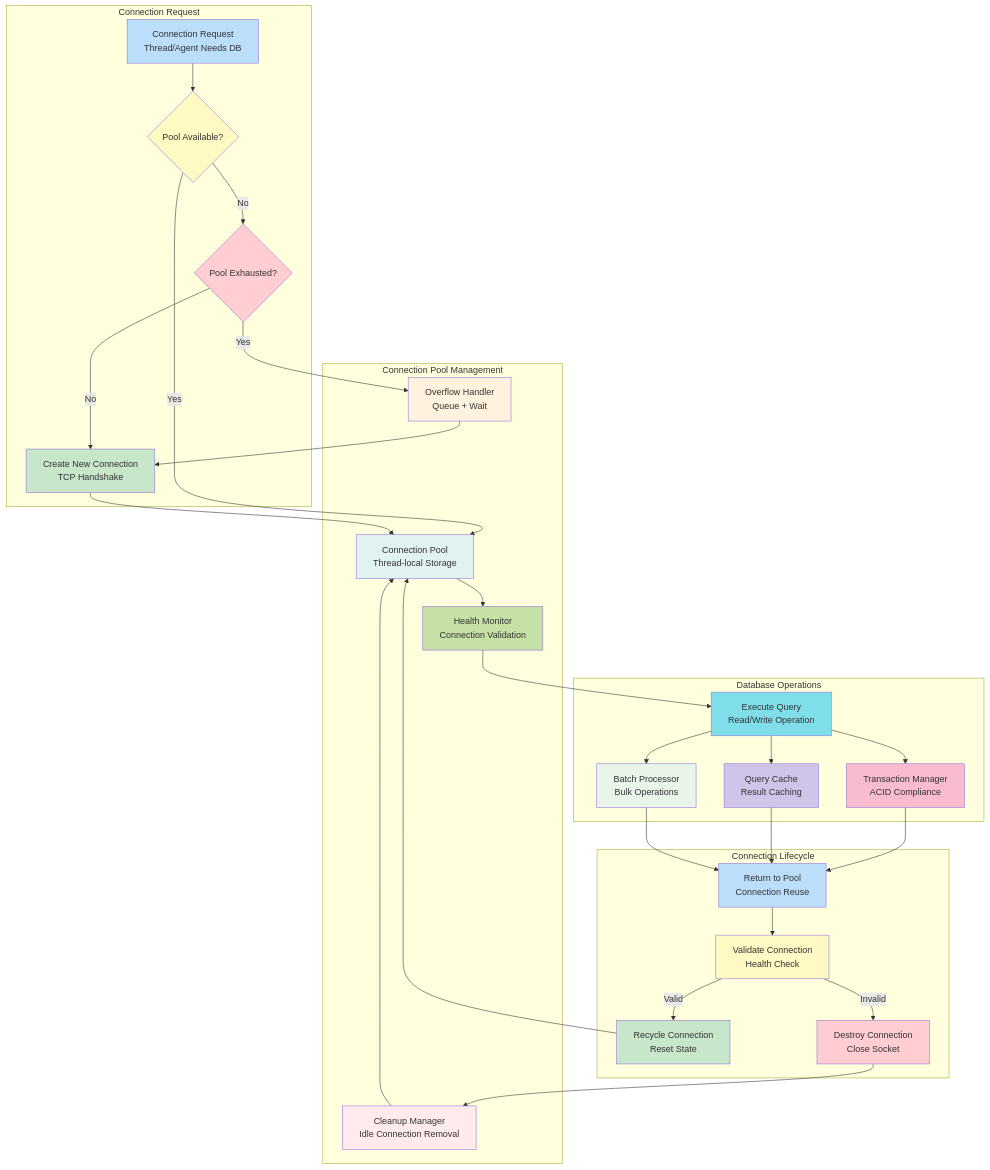
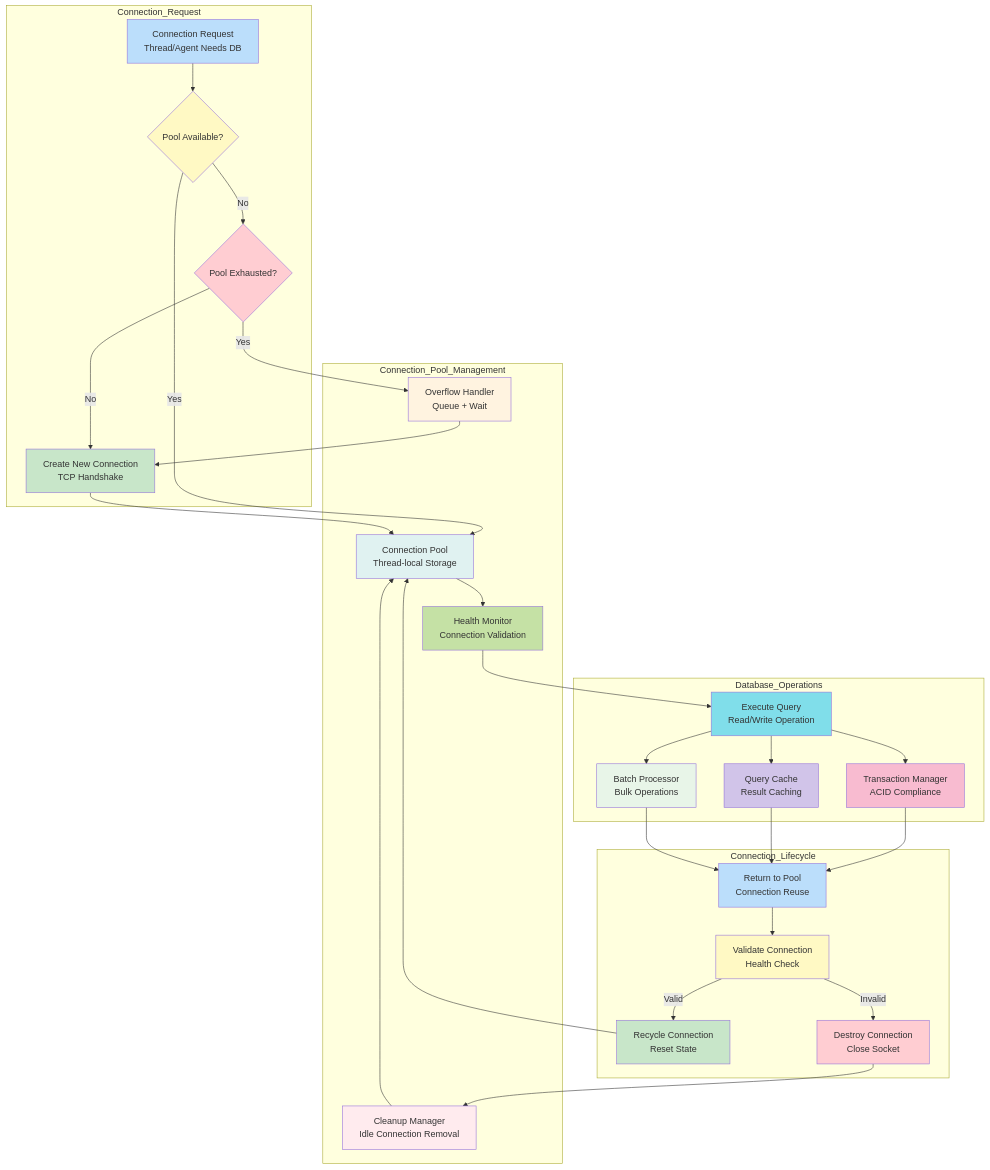
Before and after one commit to tanm-sys/build: the ninth of 11 diagrams in decentralized-ai-simulation/docs/PROJECT_OVERVIEW.md, drawn with Mermaid. The commit also changed other lines of this file and 5 other files, not shown here.

Commit message:
Fix Mermaid diagram parse errors in Markdown files (resolve LINK token issues on line 29 and others)

````diff
--- a/decentralized-ai-simulation/docs/PROJECT_OVERVIEW.md
+++ b/decentralized-ai-simulation/docs/PROJECT_OVERVIEW.md
@@ -883,77 +883,77 @@
 ```mermaid
 flowchart TD
-    subgraph "Connection Request"
+    subgraph "Connection_Request"
         REQUEST[Connection Request<br/>Thread/Agent Needs DB]
         POOL_CHECK{Pool Available?}
         POOL_FULL{Pool Exhausted?}
         CREATE_NEW[Create New Connection<br/>TCP Handshake]
     end
 
-    subgraph "Connection Pool Management"
+    subgraph "Connection_Pool_Management"
         POOL[Connection Pool<br/>Thread-local Storage]
         OVERFLOW[Overflow Handler<br/>Queue + Wait]
         HEALTH[Health Monitor<br/>Connection Validation]
         CLEANUP[Cleanup Manager<br/>Idle Connection Removal]
     end
 
-    subgraph "Database Operations"
+    subgraph "Database_Operations"
         QUERY[Execute Query<br/>Read/Write Operation]
         TRANSACTION[Transaction Manager<br/>ACID Compliance]
         CACHE[Query Cache<br/>Result Caching]
         BATCH[Batch Processor<br/>Bulk Operations]
     end
 
-    subgraph "Connection Lifecycle"
+    subgraph "Connection_Lifecycle"
         RETURN[Return to Pool<br/>Connection Reuse]
         VALIDATE[Validate Connection<br/>Health Check]
         RECYCLE[Recycle Connection<br/>Reset State]
         DESTROY[Destroy Connection<br/>Close Socket]
     end
 
     REQUEST --> POOL_CHECK
     POOL_CHECK -- Yes --> POOL
     POOL_CHECK -- No --> POOL_FULL
 
     POOL_FULL -- No --> CREATE_NEW
     POOL_FULL -- Yes --> OVERFLOW
 
     CREATE_NEW --> POOL
     OVERFLOW --> CREATE_NEW
 
     POOL --> HEALTH
     HEALTH --> QUERY
 
     QUERY --> TRANSACTION
     QUERY --> CACHE
     QUERY --> BATCH
 
     TRANSACTION --> RETURN
     CACHE --> RETURN
     BATCH --> RETURN
 
     RETURN --> VALIDATE
     VALIDATE -- Valid --> RECYCLE
     VALIDATE -- Invalid --> DESTROY
 
     RECYCLE --> POOL
     DESTROY --> CLEANUP
 
     CLEANUP --> POOL
 
     style REQUEST fill:#bbdefb
     style POOL_CHECK fill:#fff9c4
     style POOL_FULL fill:#ffcdd2
     style CREATE_NEW fill:#c8e6c9
     style POOL fill:#e0f2f1
     style OVERFLOW fill:#fff3e0
     style HEALTH fill:#c5e1a5
     style CLEANUP fill:#ffebee
     style QUERY fill:#80deea
     style TRANSACTION fill:#f8bbd0
     style CACHE fill:#d1c4e9
     style BATCH fill:#e8f5e8
     style RETURN fill:#bbdefb
     style VALIDATE fill:#fff9c4
     style RECYCLE fill:#c8e6c9
     style DESTROY fill:#ffcdd2
 ```
````
